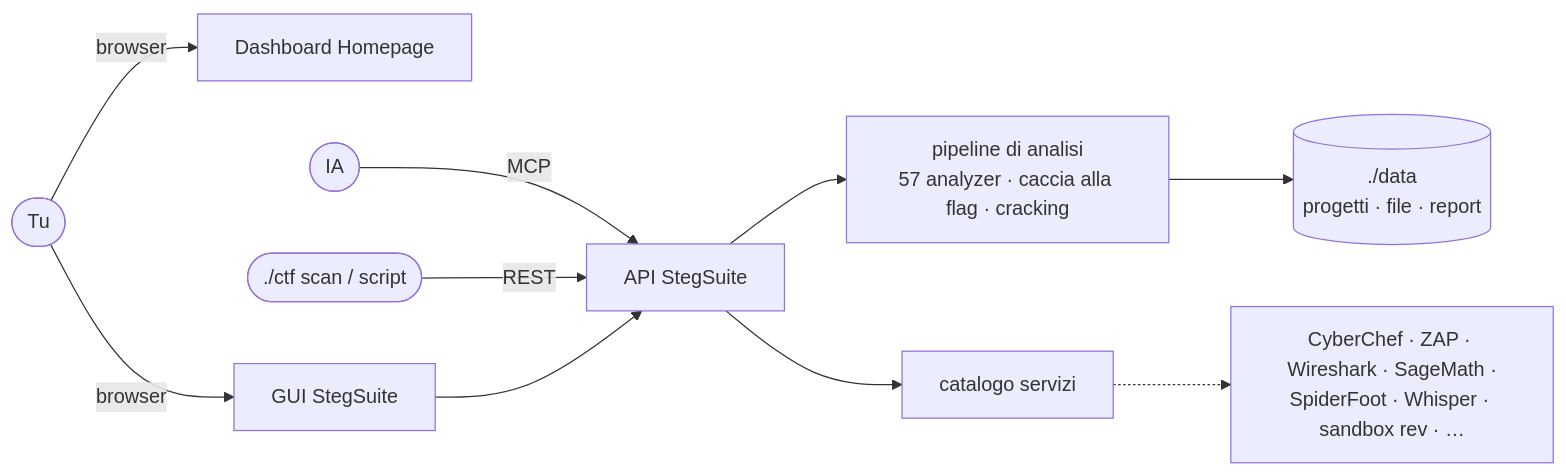
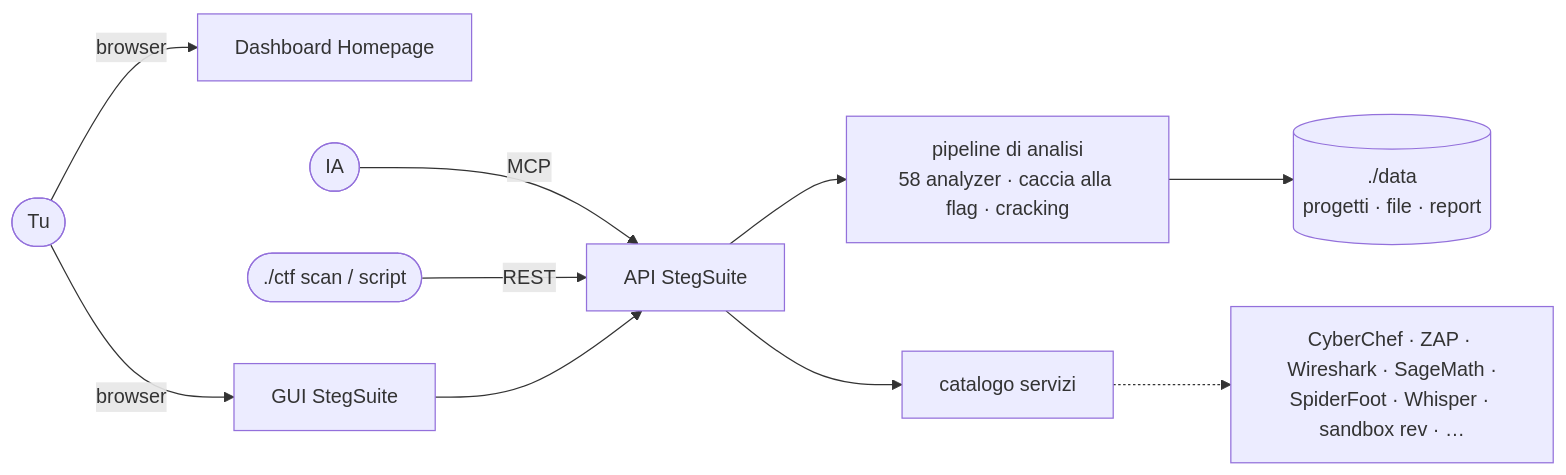
The diagram in README.it.md (dexRand/ctf-docker), drawn with Mermaid before and after one commit. The commit also changed other lines of this file and 7 other files, not shown here.

````diff
--- a/README.it.md
+++ b/README.it.md
@@ -88,12 +88,12 @@
 ```mermaid
 flowchart LR
   tu([Tu]) -->|browser| dash[Dashboard Homepage]
   tu -->|browser| ss[GUI StegSuite]
   ia([IA]) -->|MCP| api
   cli([./ctf scan / script]) -->|REST| api
   ss --> api[API StegSuite]
-  api --> pipe[pipeline di analisi<br/>57 analyzer · caccia alla flag · cracking]
+  api --> pipe[pipeline di analisi<br/>58 analyzer · caccia alla flag · cracking]
   pipe --> data[(./data<br/>progetti · file · report)]
   api --> svc[catalogo servizi]
   svc -.-> tools[CyberChef · ZAP · Wireshark · SageMath ·<br/>SpiderFoot · Whisper · sandbox rev · …]
 ```
````
